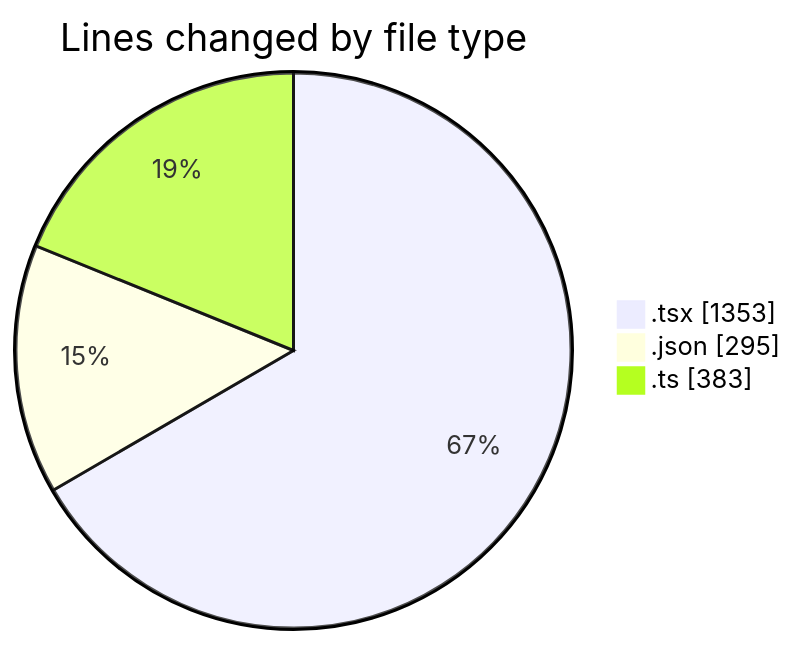
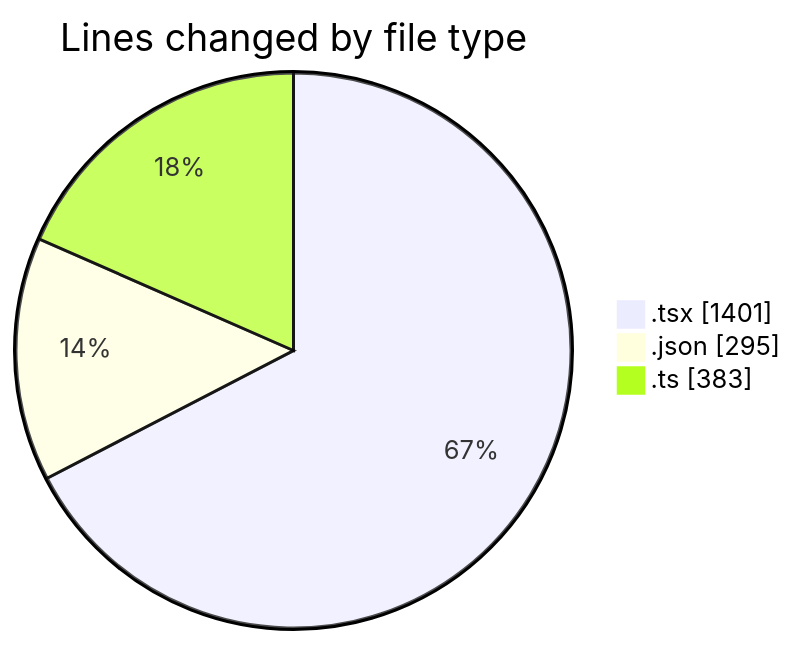
One commit to julien-gomy/code-tracking changed the first of 2 diagrams in 2025-10-11/eventscop-frontend-guide__workspace_/README.md. Above: the diagram before and after it, drawn with Mermaid. The commit also changed other lines of this file and 1 other file, not shown here.

````diff
--- a/2025-10-11/eventscop-frontend-guide__workspace_/README.md
+++ b/2025-10-11/eventscop-frontend-guide__workspace_/README.md
@@ -34,7 +34,7 @@
 ```mermaid
 pie showData
 title Lines changed by file type
-".tsx" : 1353
+".tsx" : 1401
 ".json" : 295
 ".ts" : 383
 ```
````
